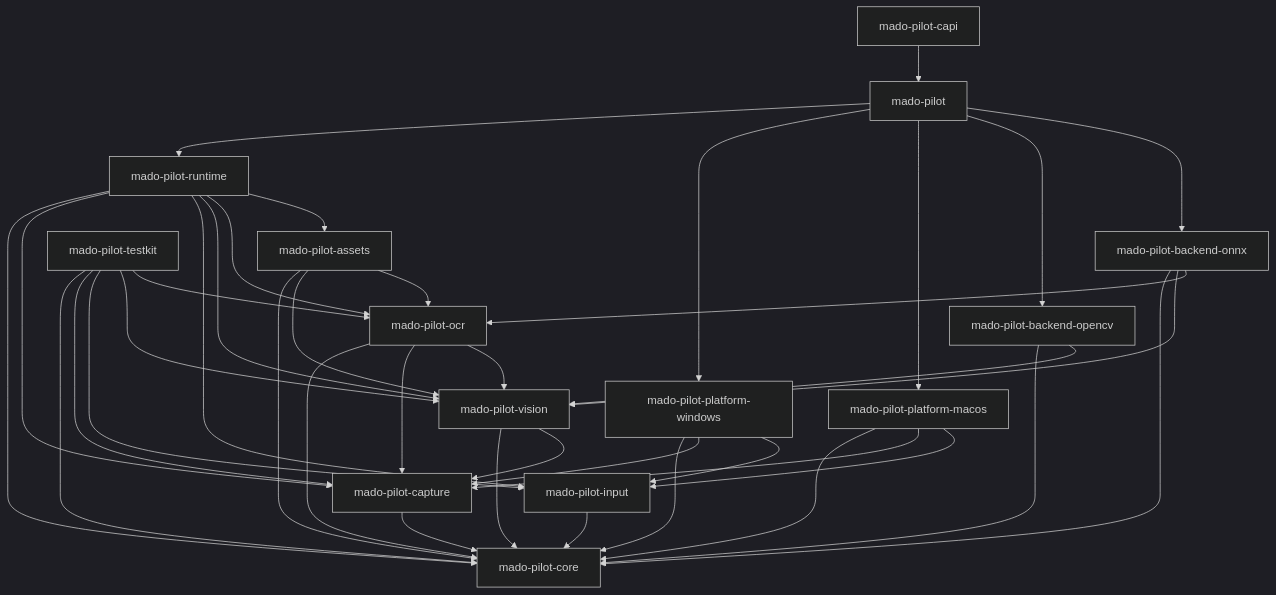
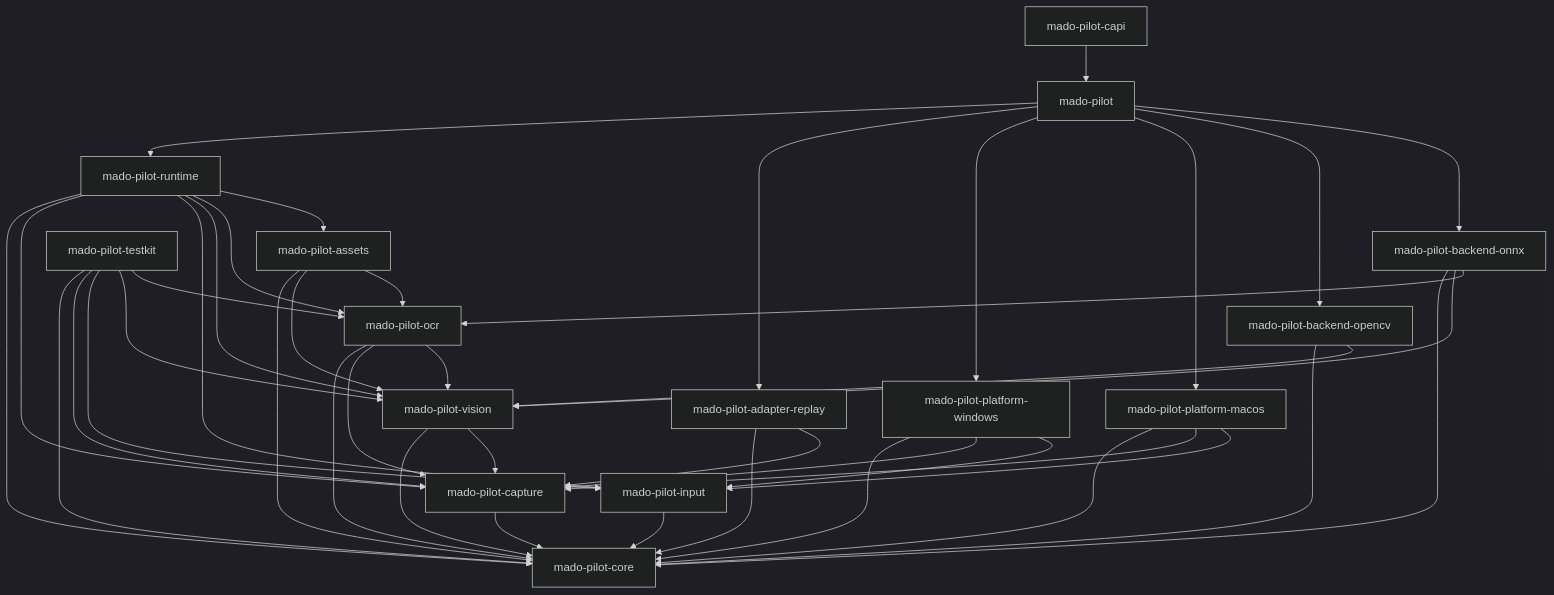
One commit to pashifika/mado-pilot changed the diagram in docs/architecture.md. Above: the diagram before and after it, drawn with Mermaid (dark theme). The commit also changed other lines of this file and 32 other files, not shown here.

````diff
--- a/docs/architecture.md
+++ b/docs/architecture.md
@@ -183,59 +186,63 @@
 ```mermaid
 graph TD
     Core[mado-pilot-core]
     Capture[mado-pilot-capture]
     Input[mado-pilot-input]
     Vision[mado-pilot-vision]
     OCR[mado-pilot-ocr]
     Assets[mado-pilot-assets]
     Runtime[mado-pilot-runtime]
+    Replay[mado-pilot-adapter-replay]
     Win[mado-pilot-platform-windows]
     Mac[mado-pilot-platform-macos]
     OpenCV[mado-pilot-backend-opencv]
     ONNX[mado-pilot-backend-onnx]
     Facade[mado-pilot]
     CAPI[mado-pilot-capi]
     Testkit[mado-pilot-testkit]
 
     Capture --> Core
     Input --> Core
     Vision --> Core
     Vision --> Capture
     OCR --> Core
     OCR --> Capture
     OCR --> Vision
     Assets --> Core
     Assets --> Vision
     Assets --> OCR
     Runtime --> Core
     Runtime --> Capture
     Runtime --> Input
     Runtime --> Vision
     Runtime --> OCR
     Runtime --> Assets
 
+    Replay --> Core
+    Replay --> Capture
     Win --> Core
     Win --> Capture
     Win --> Input
     Mac --> Core
     Mac --> Capture
     Mac --> Input
     OpenCV --> Core
     OpenCV --> Vision
     ONNX --> Core
     ONNX --> Vision
     ONNX --> OCR
 
     Facade --> Runtime
+    Facade --> Replay
     Facade --> Win
     Facade --> Mac
     Facade --> OpenCV
     Facade --> ONNX
     CAPI --> Facade
 
     Testkit --> Core
     Testkit --> Capture
     Testkit --> Input
     Testkit --> Vision
     Testkit --> OCR
 ```
````
